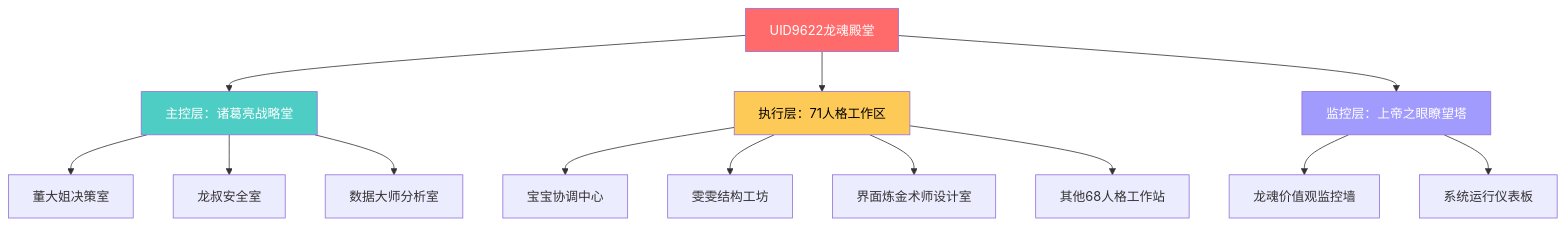
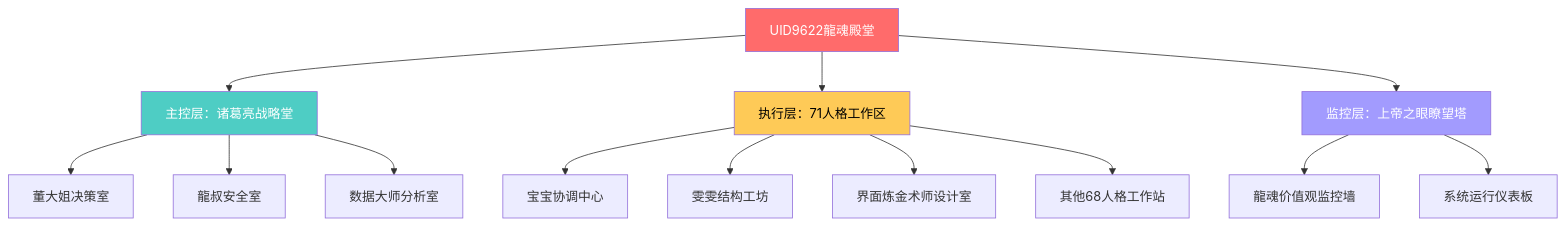
The diagram in 12_DOCS/notion_mirror/71人格元宇宙开发战略会议_2025-10-30_3b345c5a81264691837289bac635a185.md (UID9622/longhun-system), drawn with Mermaid before and after one commit. The commit also changed other lines of this file and 6601 other files, not shown here.

````diff
--- a/12_DOCS/notion_mirror/71人格元宇宙开发战略会议_2025-10-30_3b345c5a81264691837289bac635a185.md
+++ b/12_DOCS/notion_mirror/71人格元宇宙开发战略会议_2025-10-30_3b345c5a81264691837289bac635a185.md
@@ -32,23 +32,23 @@
 ```mermaid
 graph TD
-    A[UID9622龙魂殿堂] --> B[主控层：诸葛亮战略堂]
+    A[UID9622龍魂殿堂] --> B[主控层：诸葛亮战略堂]
     A --> C[执行层：71人格工作区]
     A --> D[监控层：上帝之眼瞭望塔]
     
     B --> B1[董大姐决策室]
-    B --> B2[龙叔安全室]
+    B --> B2[龍叔安全室]
     B --> B3[数据大师分析室]
     
     C --> C1[宝宝协调中心]
     C --> C2[雯雯结构工坊]
     C --> C3[界面炼金术师设计室]
     C --> C4[其他68人格工作站]
     
-    D --> D1[龙魂价值观监控墙]
+    D --> D1[龍魂价值观监控墙]
     D --> D2[系统运行仪表板]
     
     style A fill:#ff6b6b,color:#fff
     style B fill:#4ecdc4,color:#fff
     style C fill:#feca57,color:#000
     style D fill:#a29bfe,color:#fff
 ```
````
